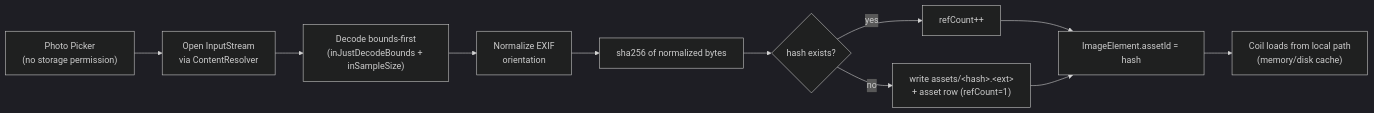
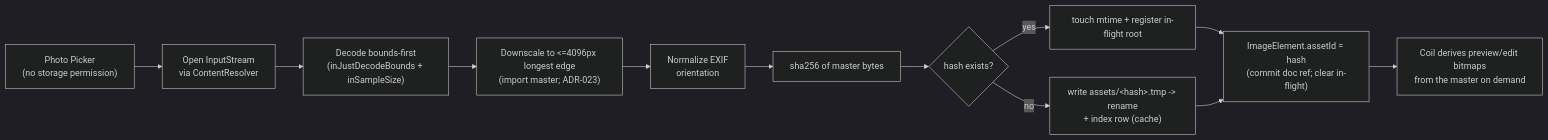
One commit to aritr-codes/zinely-android changed the sixth of 7 diagrams in docs/spikes/data-storage-layer.md. Above: the diagram before and after it, drawn with Mermaid (dark theme). The commit also changed other lines of this file and 3 other files, not shown here.

````diff
--- a/docs/spikes/data-storage-layer.md
+++ b/docs/spikes/data-storage-layer.md
@@ -219,13 +221,14 @@
 ```mermaid
 flowchart LR
     PICK["Photo Picker\n(no storage permission)"] --> READ["Open InputStream\nvia ContentResolver"]
     READ --> DECODE["Decode bounds-first\n(inJustDecodeBounds + inSampleSize)"]
-    DECODE --> EXIF["Normalize EXIF\norientation"]
-    EXIF --> HASH["sha256 of normalized bytes"]
+    DECODE --> CAP["Downscale to <=4096px longest edge\n(import master; ADR-023)"]
+    CAP --> EXIF["Normalize EXIF\norientation"]
+    EXIF --> HASH["sha256 of master bytes"]
     HASH --> DEDUP{hash exists?}
-    DEDUP -- yes --> BUMP["refCount++"]
-    DEDUP -- no --> STORE["write assets/&lt;hash&gt;.&lt;ext&gt;\n+ asset row (refCount=1)"]
-    BUMP --> REF["ImageElement.assetId = hash"]
+    DEDUP -- yes --> TOUCH["touch mtime + register in-flight root"]
+    DEDUP -- no --> STORE["write assets/&lt;hash&gt;.tmp -> rename\n+ index row (cache)"]
+    TOUCH --> REF["ImageElement.assetId = hash\n(commit doc ref; clear in-flight)"]
     STORE --> REF
-    REF --> COIL["Coil loads from local path\n(memory/disk cache)"]
+    REF --> COIL["Coil derives preview/edit bitmaps\nfrom the master on demand"]
 ```
````
